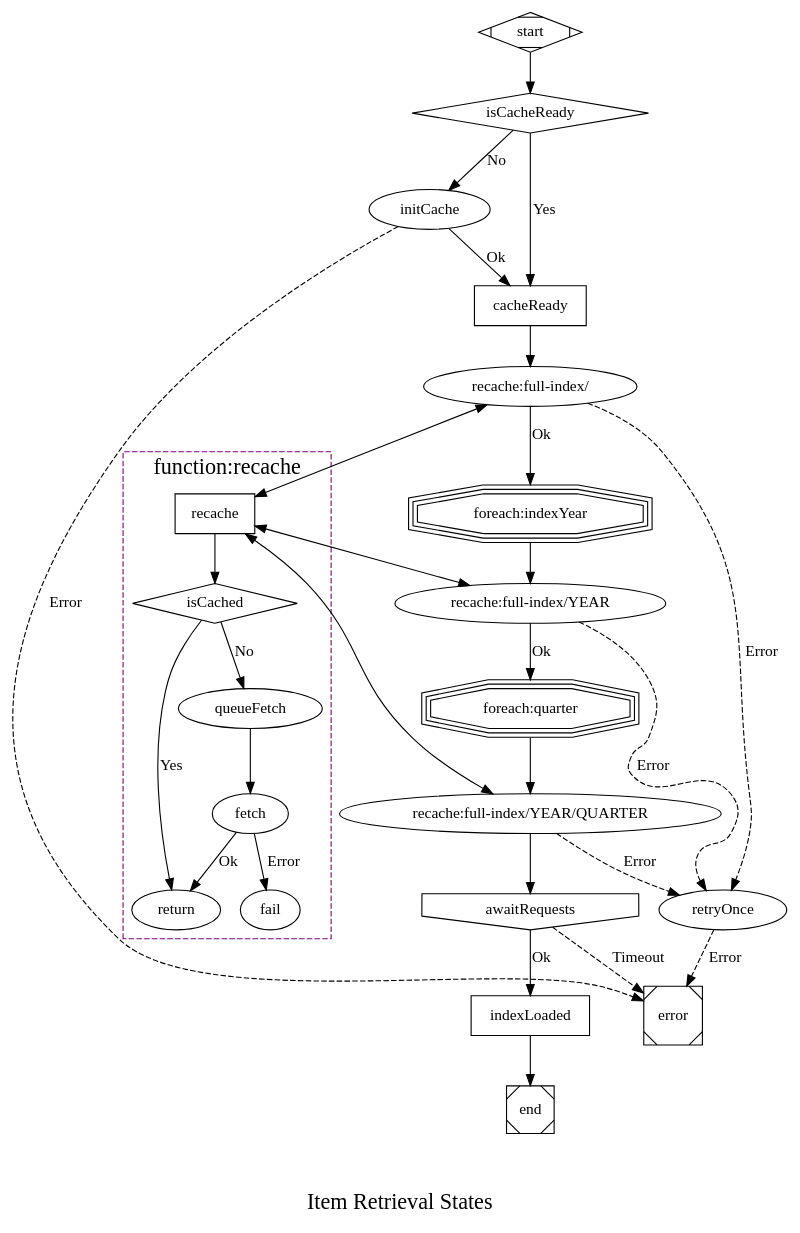
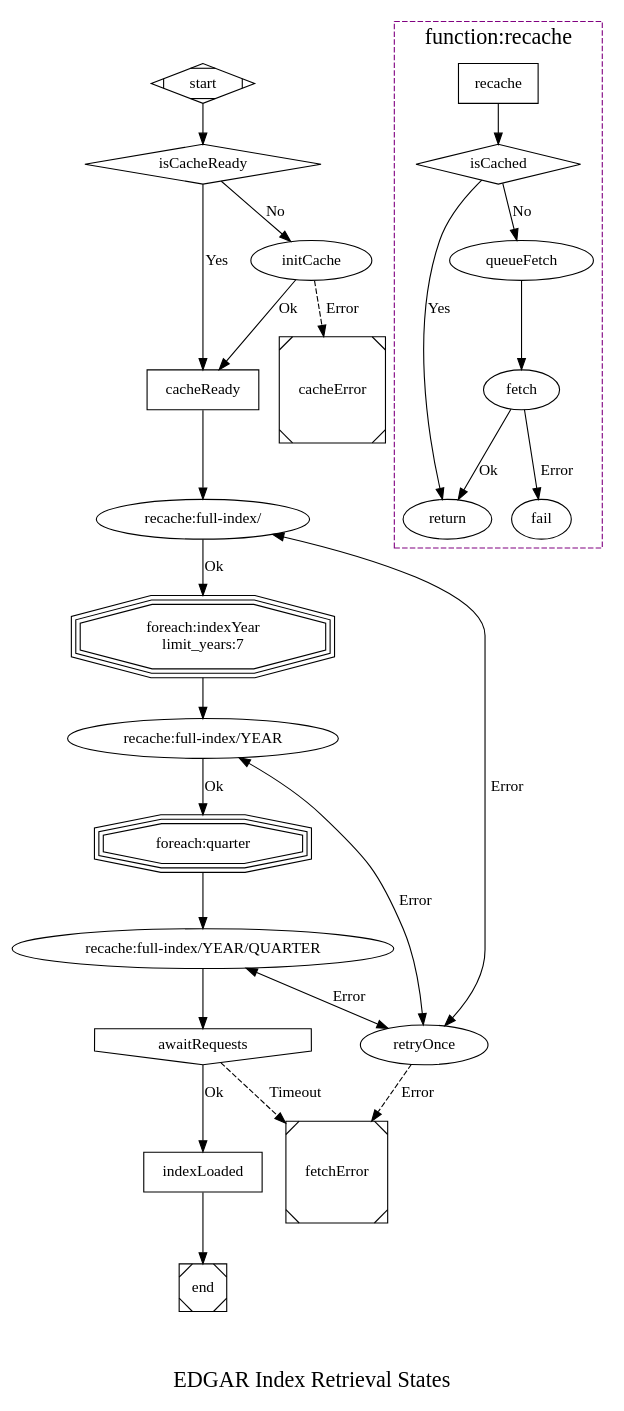
The diagram in docs/item_states.gv (kangas/usul), drawn with Graphviz before and after one commit. The commit also changed 2 other files, not shown here.

Commit message:
index states diagram tweaks

```diff
--- a/docs/item_states.gv
+++ b/docs/item_states.gv
@@ -1,74 +1,76 @@
 /*
  * This is a GraphViz diagram
  */
 
 digraph states {
-	label="\n\nItem Retrieval States"
+	label="\n\nEDGAR Index Retrieval States"
 	fontsize=20;
 
 	node [shape=Mdiamond]; start;
-	node [shape=Msquare]; end; error;
+	node [shape=Msquare]; end; cacheError; fetchError;
 
 	node [shape=box]; cacheReady; indexLoaded;
 	node [shape=diamond]; isCacheReady;
 	// node [shape=parallelogram];
 	node [shape=trapezium]; "foreach:indexYear"; "foreach:quarter";
 	node [shape=invhouse]; "awaitRequests"
 	node [shape=ellipse]; cacheReady; initCache;
 
 	/*
 	 * Is the local object cache ready for use?
 	 */
 	start -> isCacheReady;
 	isCacheReady -> cacheReady [label="Yes",weight=2];
 	isCacheReady -> initCache [label="No"];
 	initCache -> cacheReady [label="Ok"];
-	initCache -> error [label="Error",style=dashed,weight=0];
+	initCache -> cacheError [label="Error",style=dashed,weight=0];
 
 	subgraph cluster_recache {
 		label = "function:recache";
 		color=purple;
 		style="dashed";
 		rank=min;
 
 		recache [shape=box];
 		isCached [shape=diamond];
 
 		recache -> isCached;
 		isCached -> return [label=Yes];
 		isCached -> queueFetch [label=No];
 		queueFetch -> fetch;
 		fetch -> return [label=Ok];
 		fetch -> fail [label=Error];
 	}
 
 	/*
 	 * Retrieve EDGAR primary index files
 	 */
 	"recache:full-index/";
-	"foreach:indexYear" [shape=tripleoctagon];
+	"foreach:indexYear" [shape=tripleoctagon,label="foreach:indexYear\nlimit_years:7"];
 	"foreach:quarter" [shape=tripleoctagon];
 	"recache:full-index/YEAR" [shape=ellipse];
 
 	cacheReady -> "recache:full-index/"
-	"recache:full-index/" -> recache [weight=0.5,dir=both];
+	// "recache:full-index/" -> recache [dir=both,weight=0.5];
 	"recache:full-index/" -> "foreach:indexYear" [label=Ok,weight=10];
-	"recache:full-index/" -> retryOnce [label="Error",style=dashed,weight=0.5];
-	"foreach:indexYear" -> "recache:full-index/YEAR"
+	"recache:full-index/" -> retryOnce [label="Error",dir=both];
+	"foreach:indexYear" -> "recache:full-index/YEAR" [weight=2];
 
-	"recache:full-index/YEAR" -> recache [weight=0.5,dir=both];
+	"recache:full-index/YEAR";
+	// "recache:full-index/YEAR" -> recache [dir=both,weight=0.5];
 	"recache:full-index/YEAR" -> "foreach:quarter" [label=Ok,weight=10];
-	"recache:full-index/YEAR" -> retryOnce [label="Error",style=dashed,weight=0.5];
-	"foreach:quarter" -> "recache:full-index/YEAR/QUARTER";
+	"recache:full-index/YEAR" -> retryOnce [label="Error",dir=both];
+	"foreach:quarter" -> "recache:full-index/YEAR/QUARTER" [weight=10];
 
 	"recache:full-index/YEAR/QUARTER";
-	"recache:full-index/YEAR/QUARTER" -> recache [weight=0.5,dir=both];
+	// "recache:full-index/YEAR/QUARTER" -> recache [weight=0.5,dir=both];
 	"recache:full-index/YEAR/QUARTER" -> awaitRequests [weight=10];
-	"recache:full-index/YEAR/QUARTER" -> retryOnce [label="Error",style=dashed,weight=0.5];
+	"recache:full-index/YEAR/QUARTER" -> retryOnce [label="Error",dir=both];
+
 	awaitRequests -> indexLoaded [label=Ok];
-	awaitRequests -> error [label="Timeout",style=dashed,weight=0];
+	awaitRequests -> fetchError [label="Timeout",style=dashed,weight=0];
 
-	retryOnce -> error [label="Error",style=dashed,weight=0];
+	retryOnce -> fetchError [label="Error",style=dashed,weight=0];
 
 	indexLoaded -> end;
 }
```
